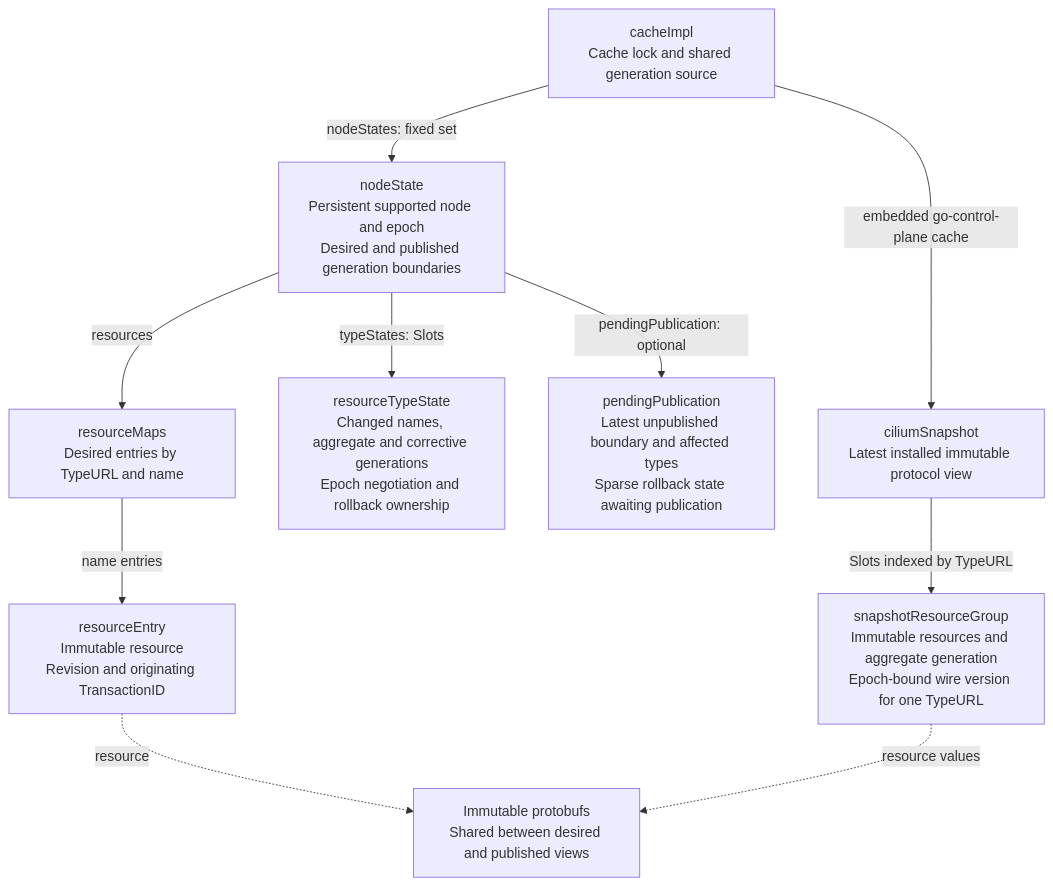
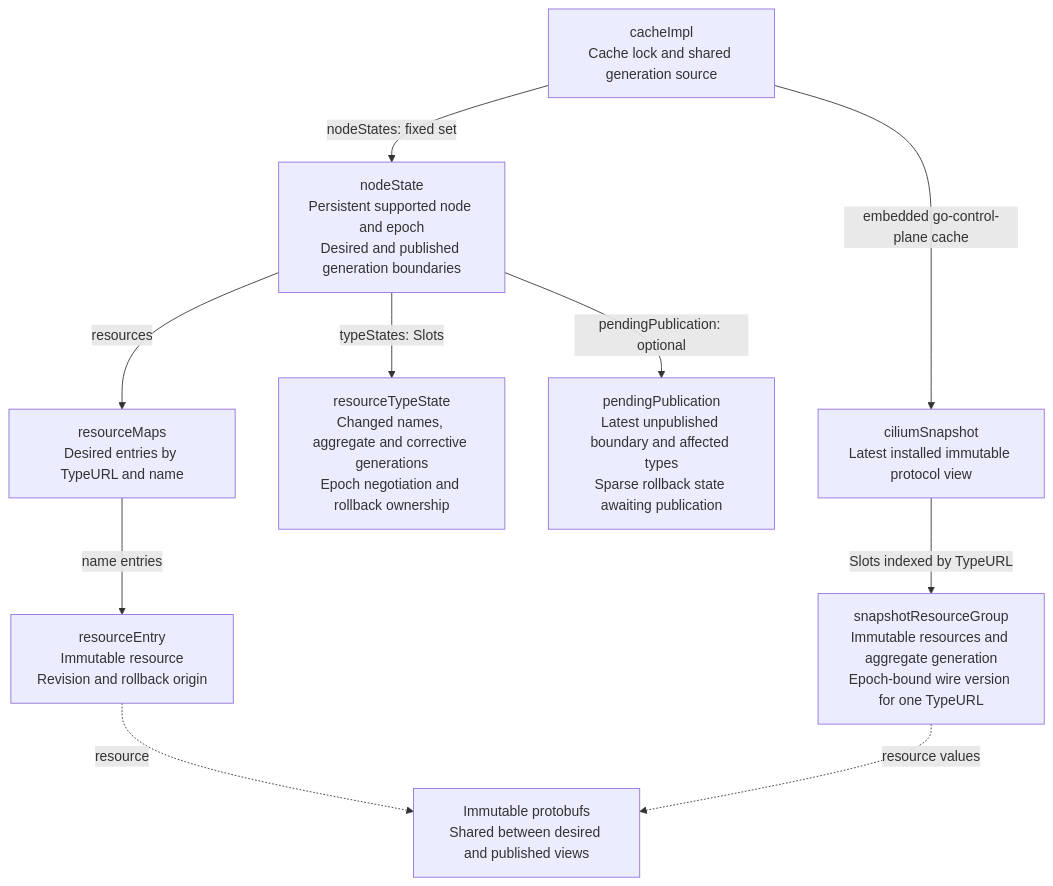
The first of 4 diagrams in pkg/envoy/xdsnew/design.md (cilium/cilium), drawn with Mermaid before and after one commit. The commit also changed other lines of this file and 32 other files, not shown here.

````diff
--- a/pkg/envoy/xdsnew/design.md
+++ b/pkg/envoy/xdsnew/design.md
@@ -99,22 +130,22 @@
 ```mermaid
 flowchart TD
     cache["cacheImpl<br/>Cache lock and shared generation source"]
     node["nodeState<br/>Persistent supported node and epoch<br/>Desired and published generation boundaries"]
     desired["resourceMaps<br/>Desired entries by TypeURL and name"]
-    entry["resourceEntry<br/>Immutable resource<br/>Revision and originating TransactionID"]
+    entry["resourceEntry<br/>Immutable resource<br/>Revision and rollback origin"]
     types["resourceTypeState<br/>Changed names, aggregate and corrective generations<br/>Epoch negotiation and rollback ownership"]
     snapshot["ciliumSnapshot<br/>Latest installed immutable protocol view"]
     group["snapshotResourceGroup<br/>Immutable resources and aggregate generation<br/>Epoch-bound wire version for one TypeURL"]
     protobuf["Immutable protobufs<br/>Shared between desired and published views"]
     pending["pendingPublication<br/>Latest unpublished boundary and affected types<br/>Sparse rollback state awaiting publication"]
 
     cache -->|nodeStates: fixed set| node
     cache -->|embedded go-control-plane cache| snapshot
     node -->|resources| desired
     desired -->|name entries| entry
     node -->|typeStates: Slots| types
     node -->|pendingPublication: optional| pending
     snapshot -->|Slots indexed by TypeURL| group
     entry -.->|resource| protobuf
     group -.->|resource values| protobuf
 ```
````
